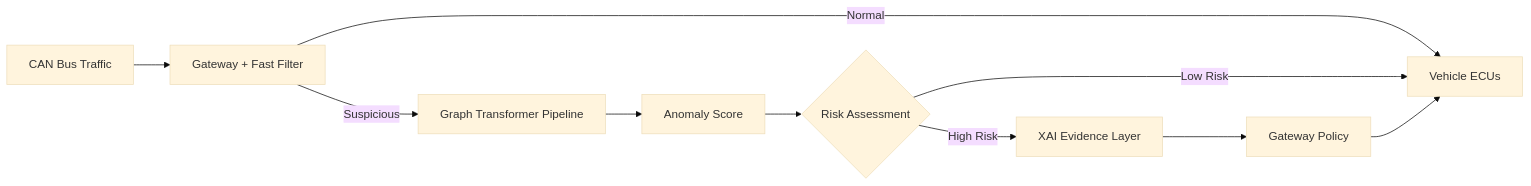
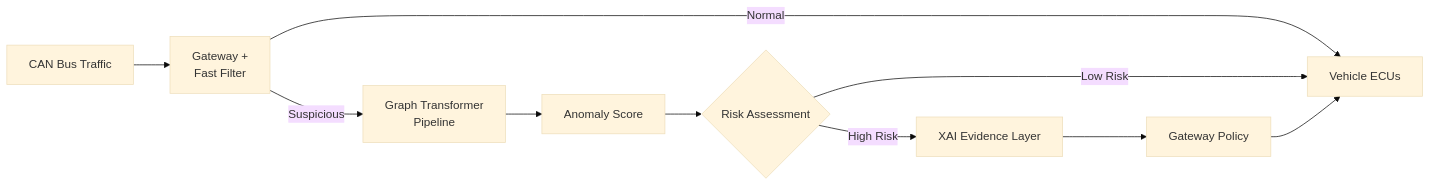
One commit to Etrlnx/Vaahan changed the first of 7 diagrams in README.md. Above: the diagram before and after it, drawn with Mermaid (base theme). The commit also changed other lines of this file, not shown here.

Commit message:
docs(readme): wrap long mermaid labels and tidy problem statement and section headings

````diff
--- a/README.md
+++ b/README.md
@@ -100,16 +98,16 @@
 ```mermaid
 flowchart LR
 
-A[CAN Bus Traffic] --> B[Gateway + Fast Filter]
+A[CAN Bus Traffic] --> B["Gateway +<br/>Fast Filter"]
 B -->|Normal| C[Vehicle ECUs]
-B -->|Suspicious| D[Graph Transformer Pipeline]
+B -->|Suspicious| D["Graph Transformer<br/>Pipeline"]
 
 D --> E[Anomaly Score]
 E --> F{Risk Assessment}
 
 F -->|Low Risk| C
 F -->|High Risk| G[XAI Evidence Layer]
 
 G --> H[Gateway Policy]
 H --> C
 ```
````
